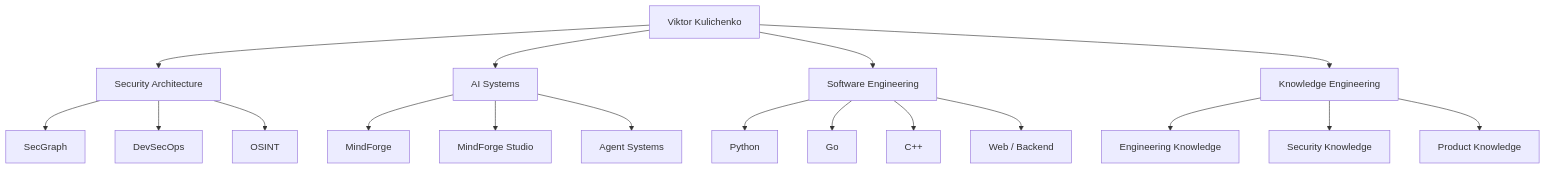
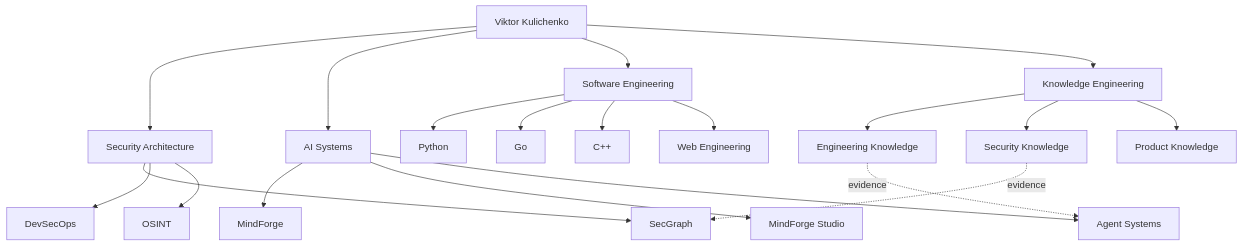
Before and after one commit to VictorKVS/VictorKVS: the diagram in README.md, drawn with Mermaid. The commit also changed other lines of this file, not shown here.

````diff
--- a/README.md
+++ b/README.md
@@ -23,24 +41,27 @@
 ```mermaid
 flowchart TD
     VK[Viktor Kulichenko] --> SEC[Security Architecture]
     VK --> AI[AI Systems]
     VK --> ENG[Software Engineering]
     VK --> KB[Knowledge Engineering]
 
     SEC --> SG[SecGraph]
     SEC --> DS[DevSecOps]
     SEC --> OSINT[OSINT]
 
     AI --> MF[MindForge]
     AI --> MFS[MindForge Studio]
     AI --> AG[Agent Systems]
 
     ENG --> PY[Python]
     ENG --> GO[Go]
     ENG --> CPP[C++]
-    ENG --> WEB[Web / Backend]
+    ENG --> WEB[Web Engineering]
 
     KB --> EKB[Engineering Knowledge]
     KB --> SKB[Security Knowledge]
     KB --> PKB[Product Knowledge]
+
+    EKB -. evidence .-> AG
+    SKB -. evidence .-> SG
 ```
````
